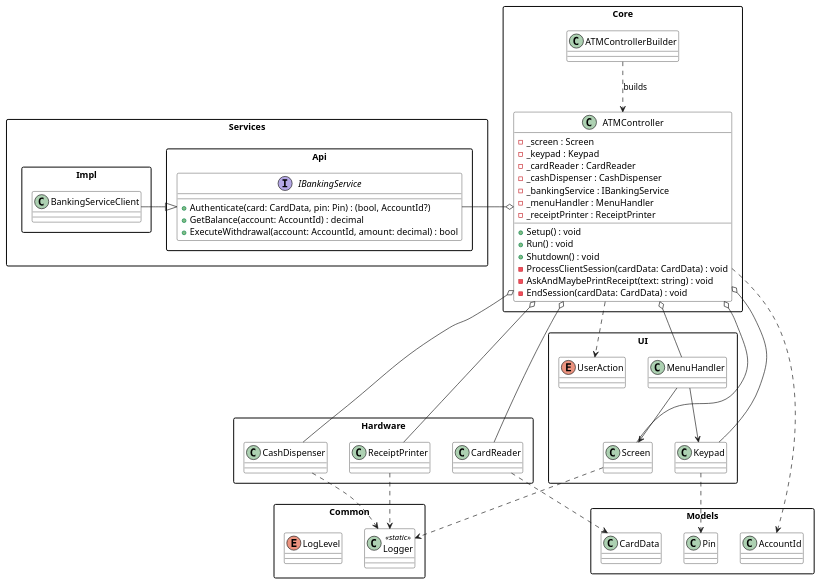
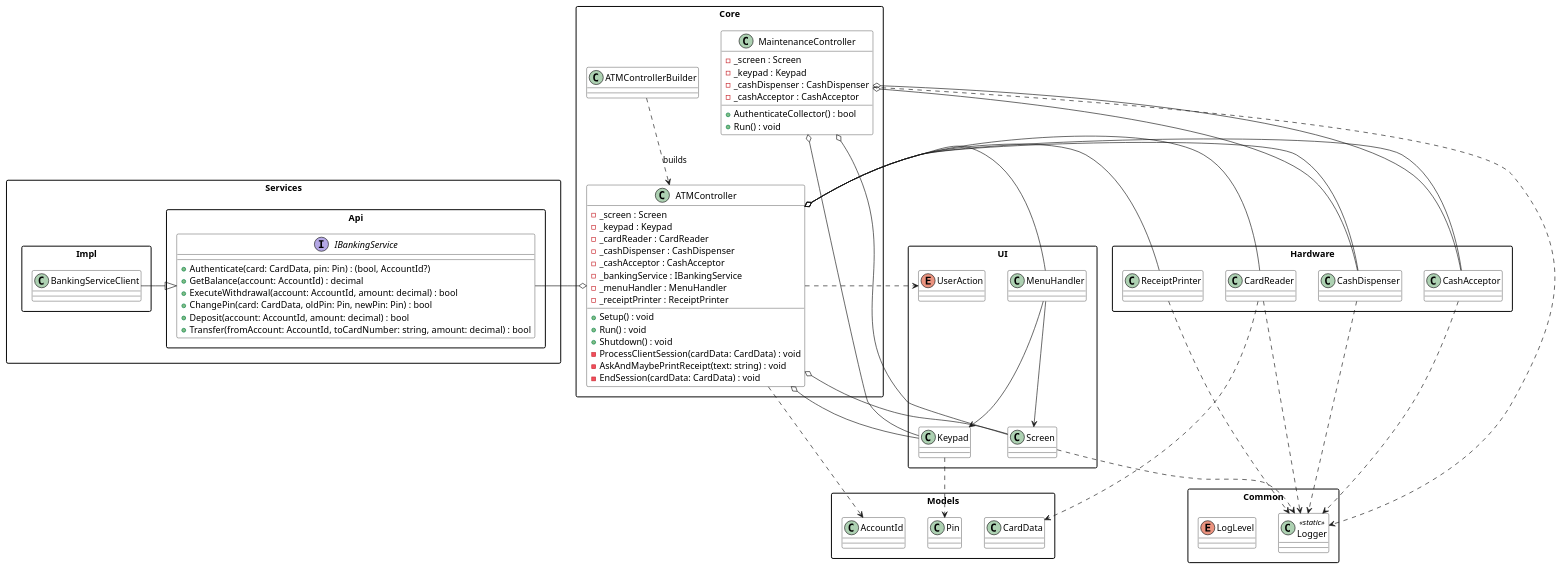
The diagram in Диаграммы/Диаграмма классов.puml (penamarth/bsbo-16-23_team5_var1_atm), drawn with PlantUML before and after one commit. The commit also changed 26 other files, not shown here.

```diff
--- a/Диаграммы/Диаграмма классов.puml
+++ b/Диаграммы/Диаграмма классов.puml
@@ -1,85 +1,107 @@
 @startuml
 skinparam packageStyle rectangle
 skinparam classBackgroundColor White
 skinparam classBorderColor Black
 
 package "Common" {
   class Logger <<static>>
   enum LogLevel
 }
 
 package "Models" {
   class CardData
   class Pin
   class AccountId
 }
 
 package "UI" {
   class Screen
   class Keypad
   class MenuHandler
   enum UserAction
 }
 
 package "Hardware" {
   class CardReader
   class CashDispenser
+  class CashAcceptor
   class ReceiptPrinter
 }
 
 package "Services.Api" {
   interface IBankingService {
     +Authenticate(card: CardData, pin: Pin) : (bool, AccountId?)
     +GetBalance(account: AccountId) : decimal
     +ExecuteWithdrawal(account: AccountId, amount: decimal) : bool
+    +ChangePin(card: CardData, oldPin: Pin, newPin: Pin) : bool
+    +Deposit(account: AccountId, amount: decimal) : bool
+    +Transfer(fromAccount: AccountId, toCardNumber: string, amount: decimal) : bool
   }
 }
 
 package "Services.Impl" {
   class BankingServiceClient
 }
 
 package "Core" {
   class ATMController {
     - _screen : Screen
     - _keypad : Keypad
     - _cardReader : CardReader
     - _cashDispenser : CashDispenser
+    - _cashAcceptor : CashAcceptor
     - _bankingService : IBankingService
     - _menuHandler : MenuHandler
     - _receiptPrinter : ReceiptPrinter
     + Setup() : void
     + Run() : void
     + Shutdown() : void
     - ProcessClientSession(cardData: CardData) : void
     - AskAndMaybePrintReceipt(text: string) : void
     - EndSession(cardData: CardData) : void
   }
   class ATMControllerBuilder
+  class MaintenanceController {
+    - _screen : Screen
+    - _keypad : Keypad
+    - _cashDispenser : CashDispenser
+    - _cashAcceptor : CashAcceptor
+    + AuthenticateCollector() : bool
+    + Run() : void
+  }
 }
 
 BankingServiceClient -|> IBankingService
 
 ATMController o- Screen
 ATMController o- Keypad
 ATMController o- CardReader
 ATMController o- CashDispenser
+ATMController o- CashAcceptor
 ATMController o- IBankingService
 ATMController o- MenuHandler
 ATMController o- ReceiptPrinter
+
+MaintenanceController o- Screen
+MaintenanceController o- Keypad
+MaintenanceController o- CashDispenser
+MaintenanceController o- CashAcceptor
 
 MenuHandler --> Screen
 MenuHandler --> Keypad
 
 ATMControllerBuilder ..> ATMController : builds
 
 CardReader ..> CardData
 Keypad ..> Pin
 
 Screen ..> Logger
 CashDispenser ..> Logger
+CashAcceptor ..> Logger
 ReceiptPrinter ..> Logger
+CardReader ..> Logger
 ATMController ..> UserAction
 ATMController ..> AccountId
+MaintenanceController ..> Logger
 
 @enduml 
```
